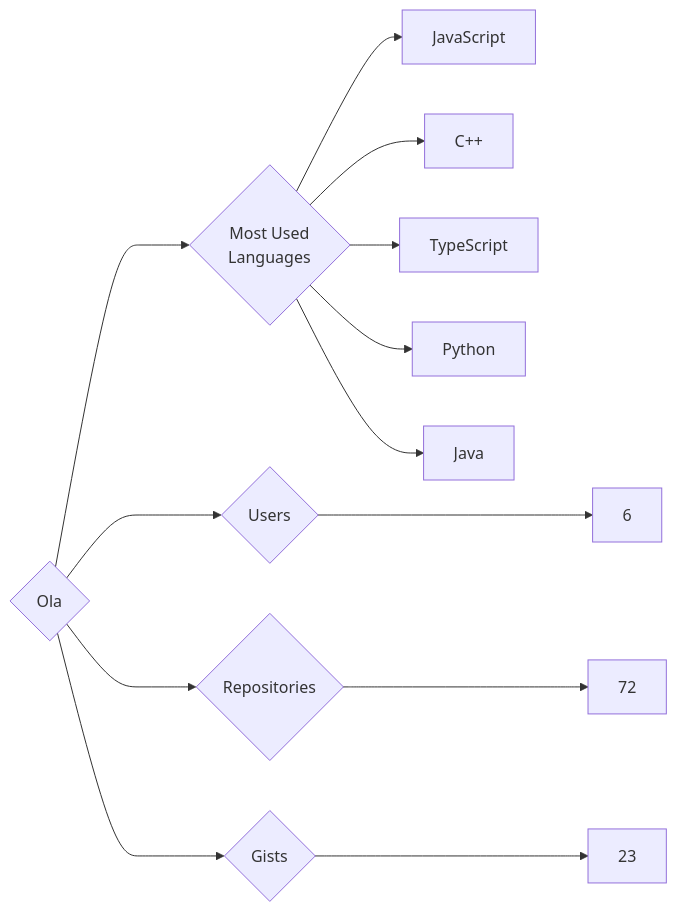
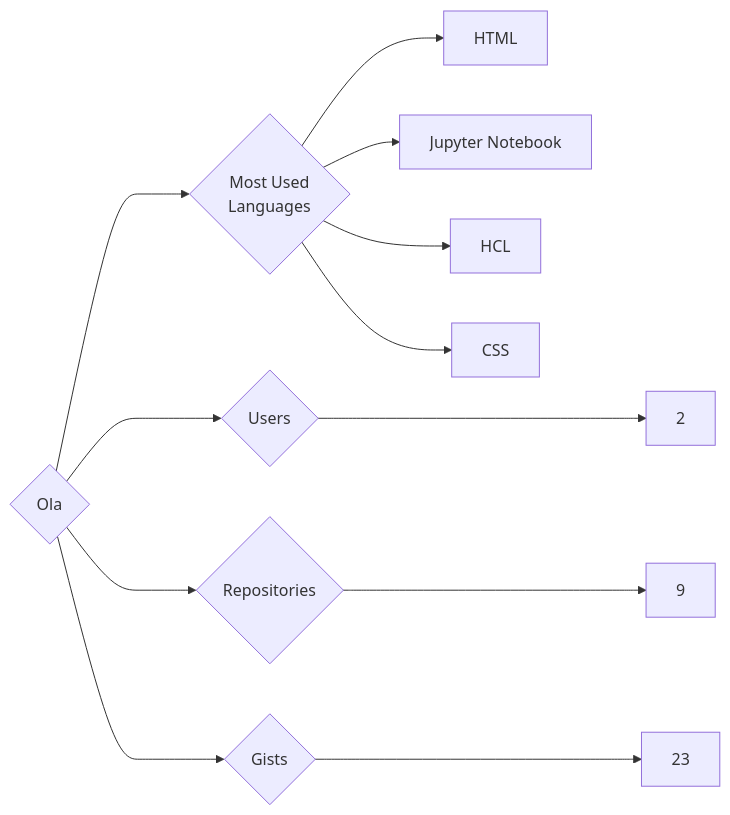
Before and after one commit to trickest/insiders: the diagram in targets/Ola/README.md, drawn with Mermaid. The commit also changed 1389 other files, not shown here.

````diff
--- a/targets/Ola/README.md
+++ b/targets/Ola/README.md
@@ -3,13 +3,12 @@
 ```mermaid
 graph LR
 COMPANY_NAME{Ola}
-COMPANY_NAME ---> U{Users} ---> UN[6]
-COMPANY_NAME ---> R{Repositories} ---> RN[72]
+COMPANY_NAME ---> U{Users} ---> UN[2]
+COMPANY_NAME ---> R{Repositories} ---> RN[9]
 COMPANY_NAME ---> G{Gists} ---> GN[23]
 COMPANY_NAME ---> ML{Most Used<br>Languages}
-ML --> JavaScript[JavaScript]
-ML --> C++[C++]
-ML --> TypeScript[TypeScript]
-ML --> Python[Python]
-ML --> Java[Java]
+ML --> HTML[HTML]
+ML --> Jupyter_Notebook[Jupyter Notebook]
+ML --> HCL[HCL]
+ML --> CSS[CSS]
 ```
````
